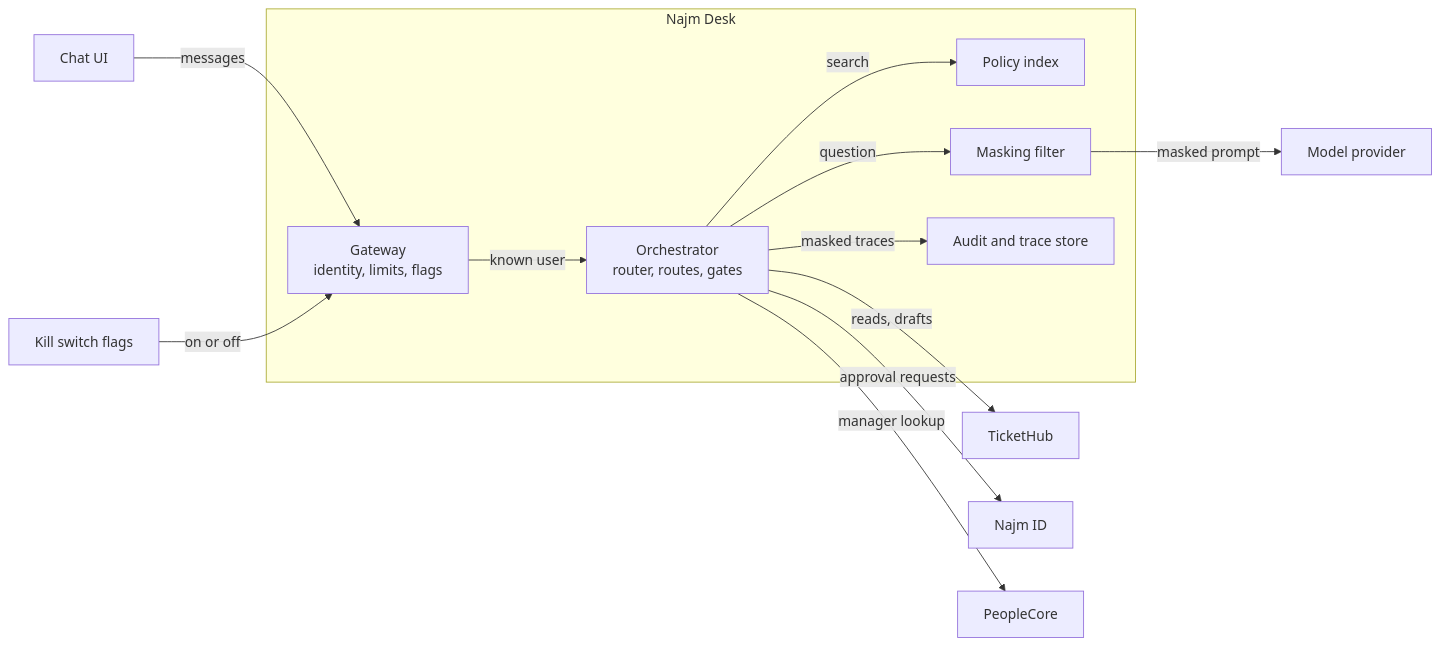
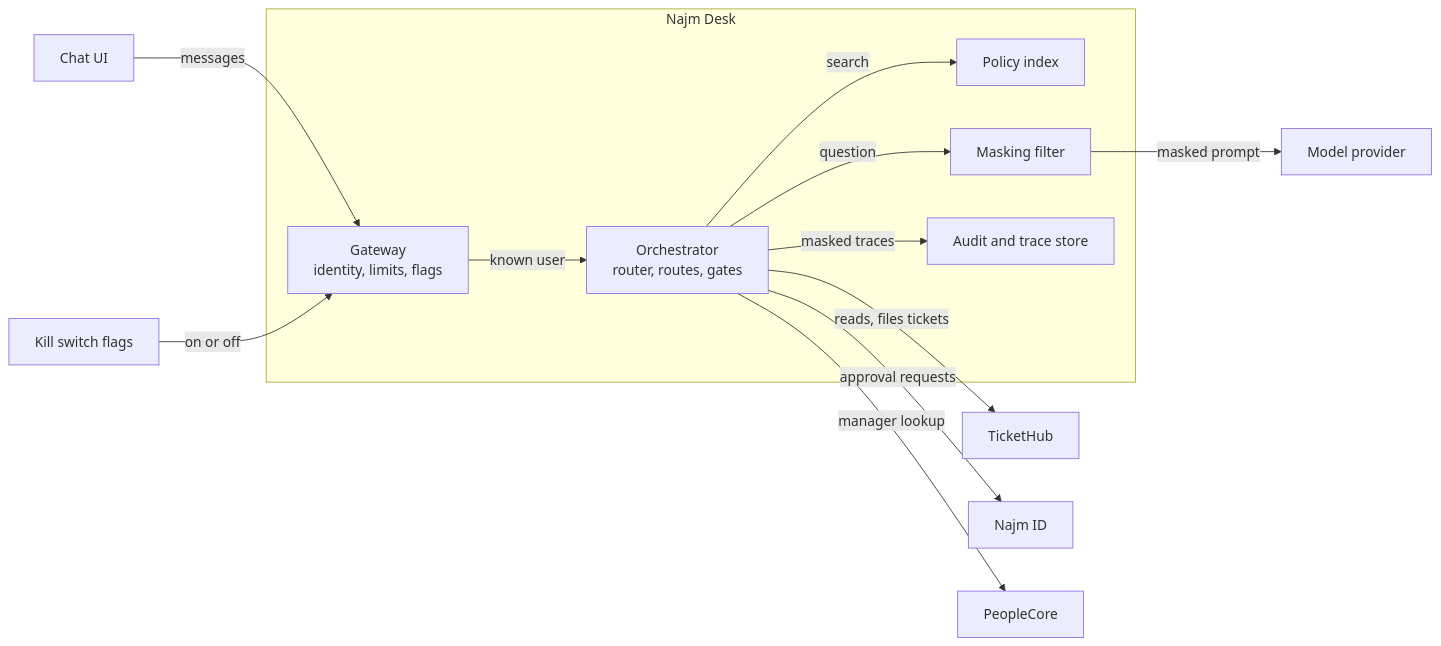
The second of 2 diagrams in aiapps/modules/07-design.md (Tamoura/system-design-for-vibe-coders), drawn with Mermaid before and after one commit. The commit also changed other lines of this file and 65 other files, not shown here.

````diff
--- a/aiapps/modules/07-design.md
+++ b/aiapps/modules/07-design.md
@@ -107,20 +104,20 @@
 ```mermaid
 flowchart LR
     ui["Chat UI"] -->|"messages"| gw
     subgraph desk["Najm Desk"]
         gw["Gateway<br/>identity, limits, flags"]
         orch["Orchestrator<br/>router, routes, gates"]
         idx["Policy index"]
         mask["Masking filter"]
         aud["Audit and trace store"]
     end
     ks["Kill switch flags"] -->|"on or off"| gw
     gw -->|"known user"| orch
     orch -->|"search"| idx
     orch -->|"question"| mask
     mask -->|"masked prompt"| llm["Model provider"]
-    orch -->|"reads, drafts"| th["TicketHub"]
+    orch -->|"reads, files tickets"| th["TicketHub"]
     orch -->|"approval requests"| nid["Najm ID"]
     orch -->|"manager lookup"| pc["PeopleCore"]
     orch -->|"masked traces"| aud
 ```
````
